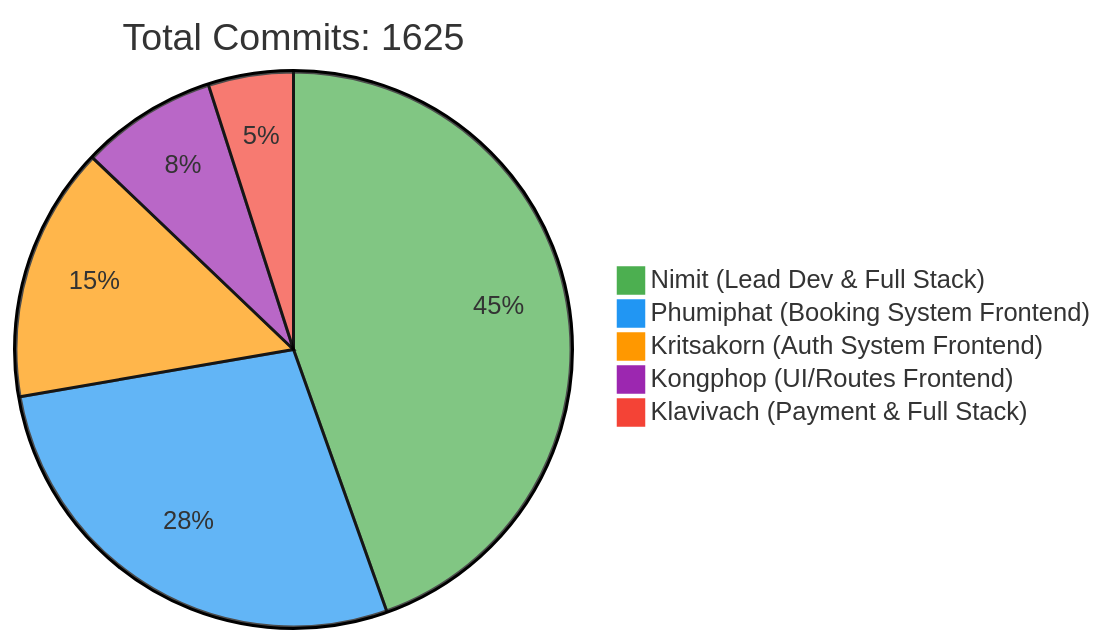
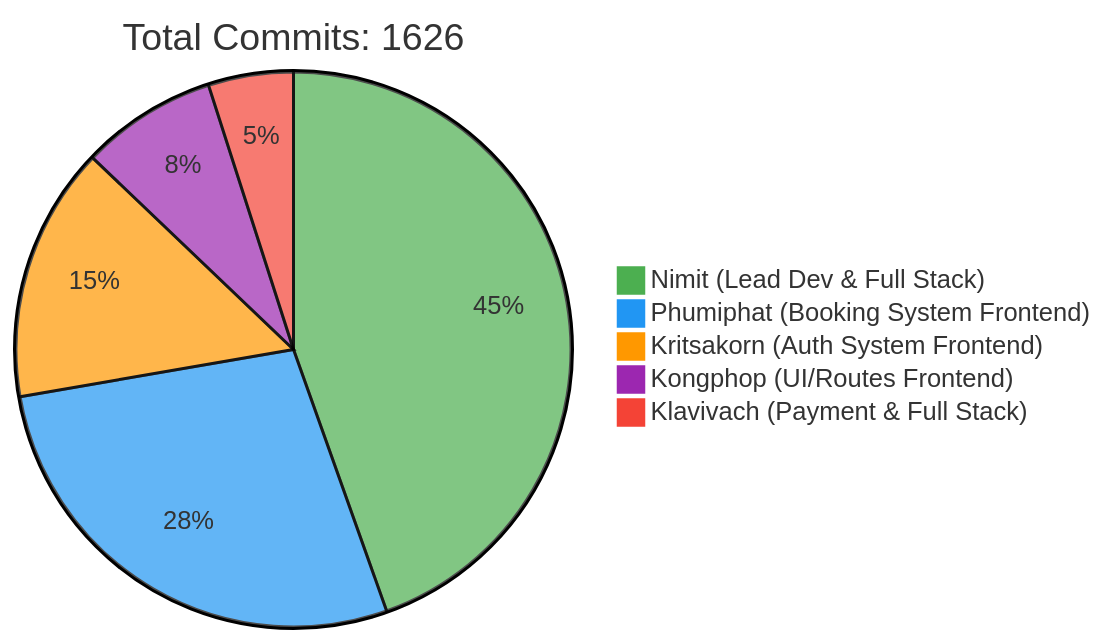
The first of 2 diagrams in README.md (6531503042/Sport-Complex), drawn with Mermaid before and after one commit. The commit also changed other lines of this file, not shown here.

Commit message:
docs: Update contributor statistics [skip ci]

````diff
--- a/README.md
+++ b/README.md
@@ -257,10 +257,10 @@
 ```mermaid
 %%{init: {'theme': 'base', 'themeVariables': { 'pie1': '#4CAF50', 'pie2': '#2196F3', 'pie3': '#FF9800', 'pie4': '#9C27B0', 'pie5': '#F44336'}}}%%
 pie
-    title Total Commits: 1625
+    title Total Commits: 1626
     "Nimit (Lead Dev & Full Stack)" : 450
     "Phumiphat (Booking System Frontend)" : 280
     "Kritsakorn (Auth System Frontend)" : 150
     "Kongphop (UI/Routes Frontend)" : 80
     "Klavivach (Payment & Full Stack)" : 50
 ```
````
